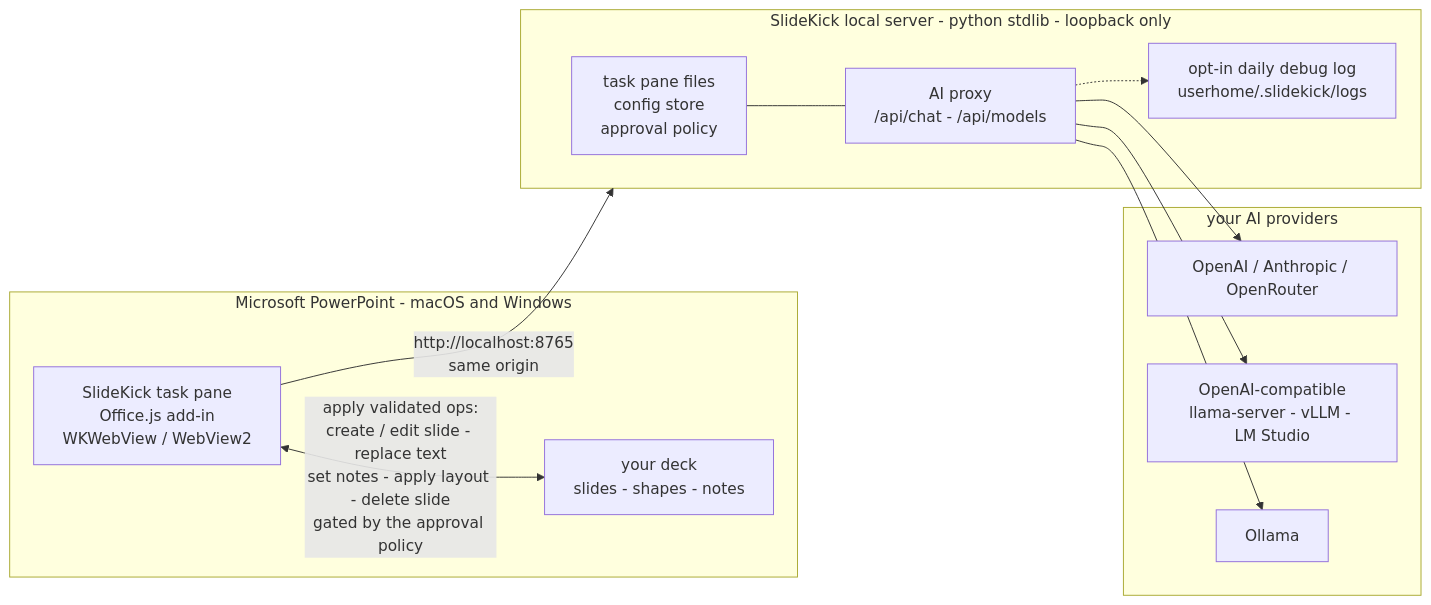
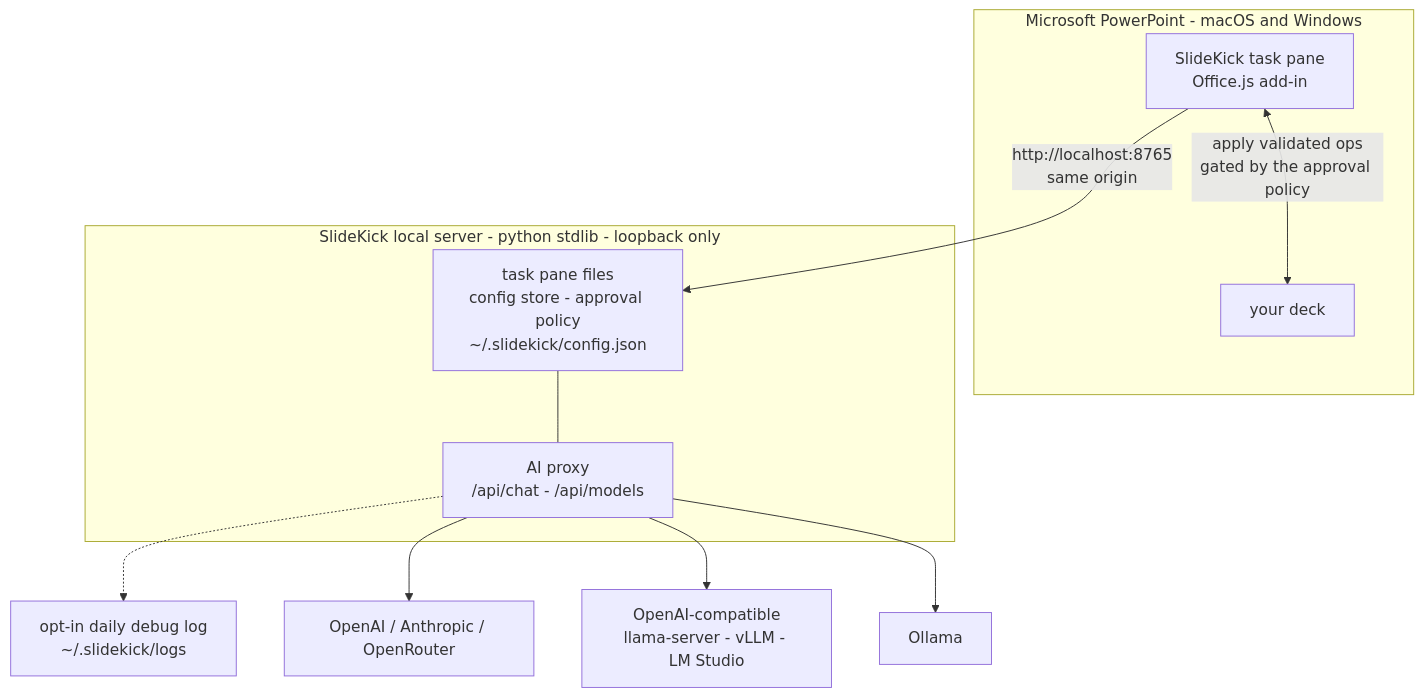
Before and after one commit to corelan/officekick: the diagram in README.md, drawn with Mermaid. The commit also changed other lines of this file, not shown here.

Commit message:
README: mermaid diagram switched to vertical TD layout + new section explaining the role and purpose of the local server component

````diff
--- a/README.md
+++ b/README.md
@@ -13,27 +13,22 @@
 ```mermaid
-flowchart LR
+flowchart TD
     subgraph PPT["Microsoft PowerPoint - macOS and Windows"]
-        PANE["SlideKick task pane<br/>Office.js add-in<br/>WKWebView / WebView2"]
-        DECK["your deck<br/>slides - shapes - notes"]
-        PANE <-->|"apply validated ops:<br/>create / edit slide - replace text<br/>set notes - apply layout - delete slide<br/>gated by the approval policy"| DECK
+        PANE["SlideKick task pane<br/>Office.js add-in"]
+        DECK["your deck"]
     end
 
-    subgraph SRV["SlideKick local server - python stdlib - loopback only"]
-        UI["task pane files<br/>config store<br/>approval policy"]
-        PROXY["AI proxy<br/>/api/chat - /api/models"]
-        DBG["opt-in daily debug log<br/>userhome/.slidekick/logs"]
+    UI["task pane files<br/>config store - approval policy<br/>~/.slidekick/config.json"]
+    PROXY["AI proxy<br/>/api/chat - /api/models"]
+    DBG["opt-in daily debug log<br/>~/.slidekick/logs"]
+
+    subgraph SLK["SlideKick local server - python stdlib - loopback only"]
         UI --- PROXY
-        PROXY -.-> DBG
     end
 
-    subgraph AI["your AI providers"]
-        OAI["OpenAI / Anthropic / OpenRouter"]
-        GEN["OpenAI-compatible<br/>llama-server - vLLM - LM Studio"]
-        OLL["Ollama"]
-    end
-
-    PANE -->|"http://localhost:8765<br/>same origin"| SRV
-    PROXY --> OAI
-    PROXY --> GEN
-    PROXY --> OLL
+    PANE <-->|"apply validated ops<br/>gated by the approval policy"| DECK
+    PANE -->|"http://localhost:8765<br/>same origin"| UI
+    PROXY -.-> DBG
+    PROXY --> OAI["OpenAI / Anthropic / OpenRouter"]
+    PROXY --> GEN["OpenAI-compatible<br/>llama-server - vLLM - LM Studio"]
+    PROXY --> OLL["Ollama"]
 ```
````
